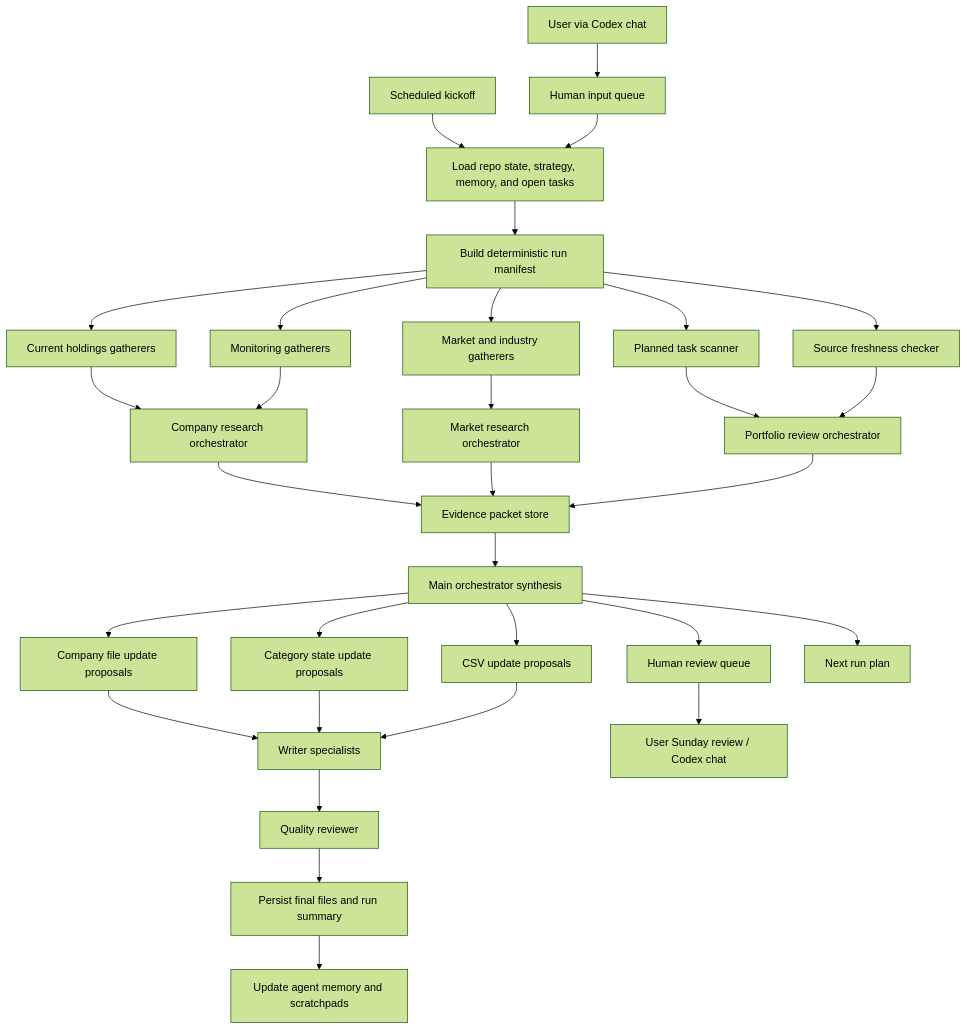
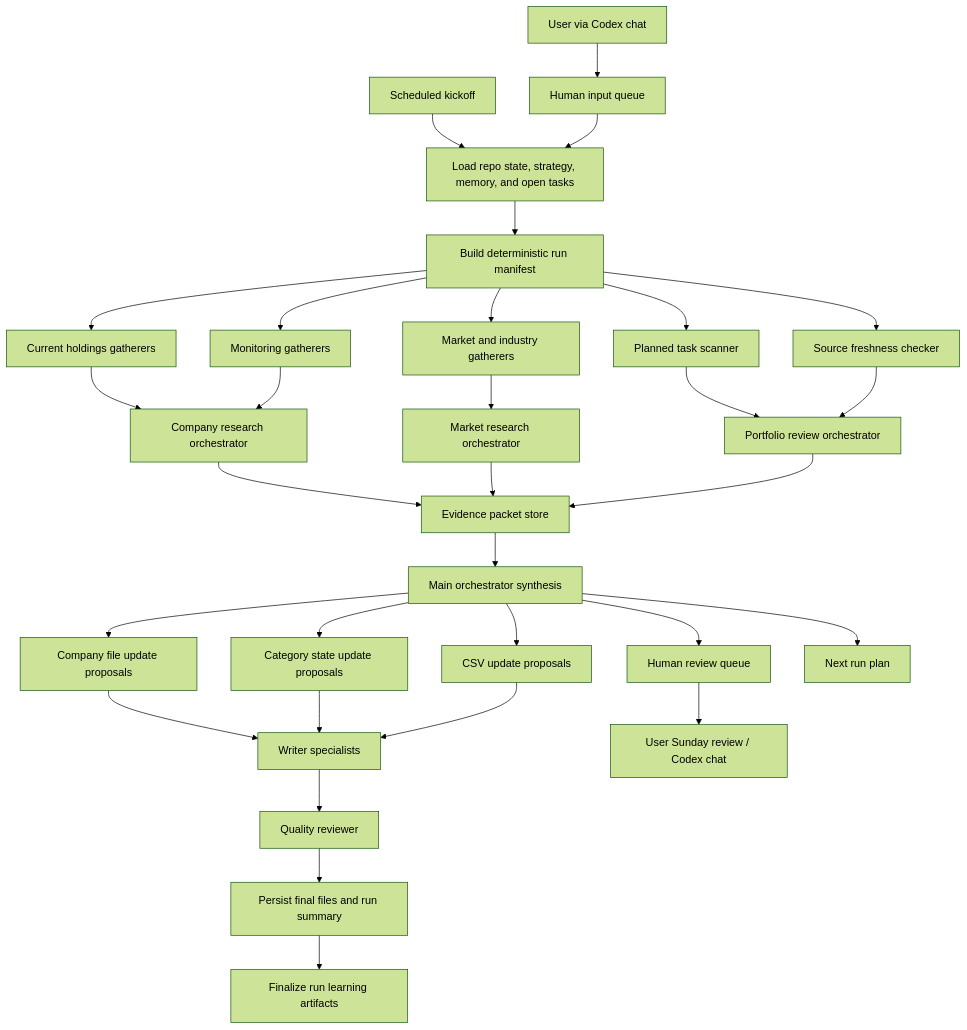
One commit to muhuuh/picker changed the diagram in docs/descriptions/investment_agent_workflow.md. Above: the diagram before and after it, drawn with Mermaid (forest theme). The commit also changed other lines of this file and 17 other files, not shown here.

First line of the commit message:
Implement recurring failure detection and run finalization in operational memory

````diff
--- a/docs/descriptions/investment_agent_workflow.md
+++ b/docs/descriptions/investment_agent_workflow.md
@@ -290,38 +290,38 @@
 ```mermaid
 flowchart TD
     A["Scheduled kickoff"] --> B["Load repo state, strategy, memory, and open tasks"]
     U["User via Codex chat"] --> UI["Human input queue"]
     UI --> B
     B --> C["Build deterministic run manifest"]
 
     C --> D1["Current holdings gatherers"]
     C --> D2["Monitoring gatherers"]
     C --> D3["Market and industry gatherers"]
     C --> D4["Planned task scanner"]
     C --> D5["Source freshness checker"]
 
     D1 --> E1["Company research orchestrator"]
     D2 --> E1
     D3 --> E2["Market research orchestrator"]
     D4 --> E3["Portfolio review orchestrator"]
     D5 --> E3
 
     E1 --> F["Evidence packet store"]
     E2 --> F
     E3 --> F
 
     F --> G["Main orchestrator synthesis"]
     G --> H1["Company file update proposals"]
     G --> H2["Category state update proposals"]
     G --> H3["CSV update proposals"]
     G --> H4["Human review queue"]
     G --> H5["Next run plan"]
 
     H1 --> I["Writer specialists"]
     H2 --> I
     H3 --> I
     I --> J["Quality reviewer"]
     J --> K["Persist final files and run summary"]
-    K --> L["Update agent memory and scratchpads"]
+    K --> L["Finalize run learning artifacts"]
     H4 --> U2["User Sunday review / Codex chat"]
 ```
````
